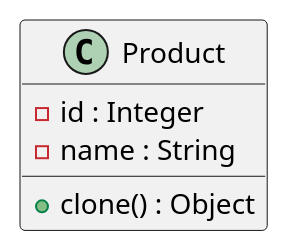
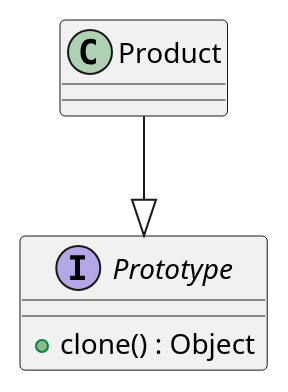
One commit to Rishikesh75/Coding changed the diagram in LLD/DesignPatterns/CreationalDesignPatterns/UMLDiagrams/PrototypeDesignPattern.puml. Above: the diagram before and after it, drawn with PlantUML. The commit also changed 60 other files, not shown here.

```diff
--- a/LLD/DesignPatterns/CreationalDesignPatterns/UMLDiagrams/PrototypeDesignPattern.puml
+++ b/LLD/DesignPatterns/CreationalDesignPatterns/UMLDiagrams/PrototypeDesignPattern.puml
@@ -1,11 +1,15 @@
 @startuml
+
+interface Prototype
+{
+ + clone() : Object
+}
 
 class Product
 {
-    - id : Integer
-    - name : String
 
-    + clone() : Object
 }
 
+Product --|> Prototype
+
 @enduml
```
